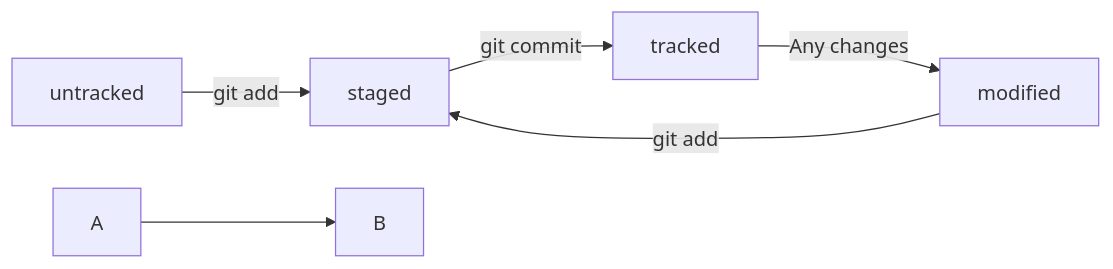
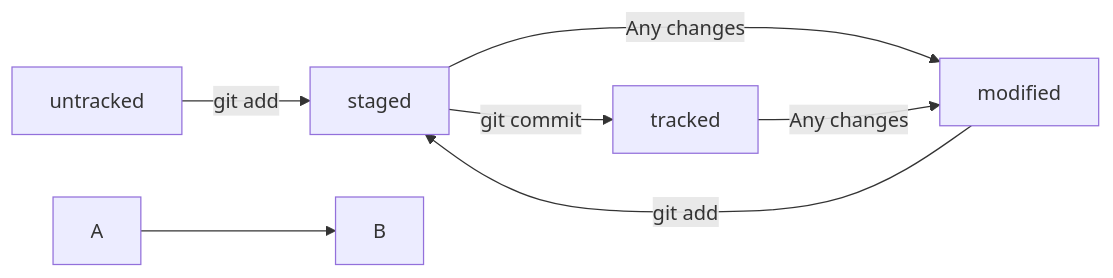
Before and after one commit to chikibambony137/shpargalka: the diagram in README.md, drawn with Mermaid.

Commit message:
Обновить mermaid-схему

````diff
--- a/README.md
+++ b/README.md
@@ -65,10 +65,11 @@
 ```mermaid
 graph LR;
   untracked -- "git add" --> staged;
   staged    -- "git commit"     --> tracked;
+  staged    -- "Any changes" --> modified;
   tracked   -- "Any changes" --> modified;
   modified  -- "git add" --> staged;
 
 %% стрелка без текста для примера: 
   A --> B;
 ``` 
````
